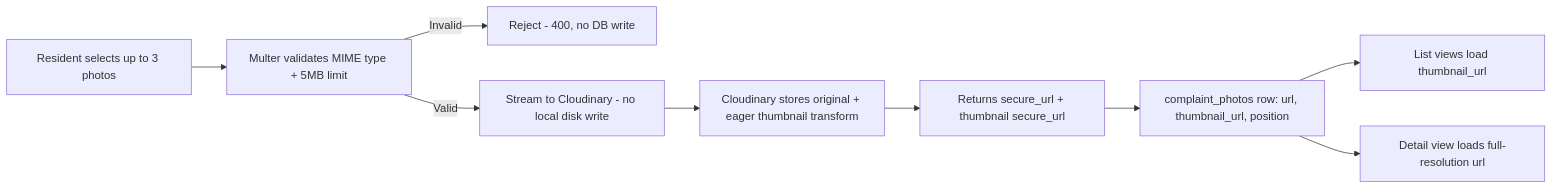
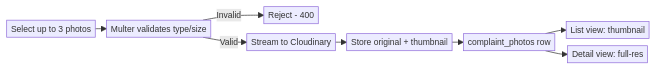
One commit to Suyash121212/SocietyTrack changed the fourth of 8 diagrams in SYSTEM_DESIGN.md. Above: the diagram before and after it, drawn with Mermaid. The commit also changed other lines of this file, not shown here.

````diff
--- a/SYSTEM_DESIGN.md
+++ b/SYSTEM_DESIGN.md
@@ -92,11 +89,11 @@
 ```mermaid
+%%{init: {'themeVariables': {'fontSize': '12px'}, 'flowchart': {'nodeSpacing': 10, 'rankSpacing': 16, 'padding': 3}}}%%
 flowchart LR
-    A[Resident selects up to 3 photos] --> B[Multer validates MIME type + 5MB limit]
-    B -->|Invalid| C[Reject - 400, no DB write]
-    B -->|Valid| D[Stream to Cloudinary - no local disk write]
-    D --> E[Cloudinary stores original + eager thumbnail transform]
-    E --> F[Returns secure_url + thumbnail secure_url]
-    F --> G[complaint_photos row: url, thumbnail_url, position]
-    G --> H[List views load thumbnail_url]
-    G --> I[Detail view loads full-resolution url]
+    A[Select up to 3 photos] --> B[Multer validates type/size]
+    B -->|Invalid| C[Reject - 400]
+    B -->|Valid| D[Stream to Cloudinary]
+    D --> E[Store original + thumbnail]
+    E --> F[complaint_photos row]
+    F --> G[List view: thumbnail]
+    F --> H[Detail view: full-res]
 ```
````
